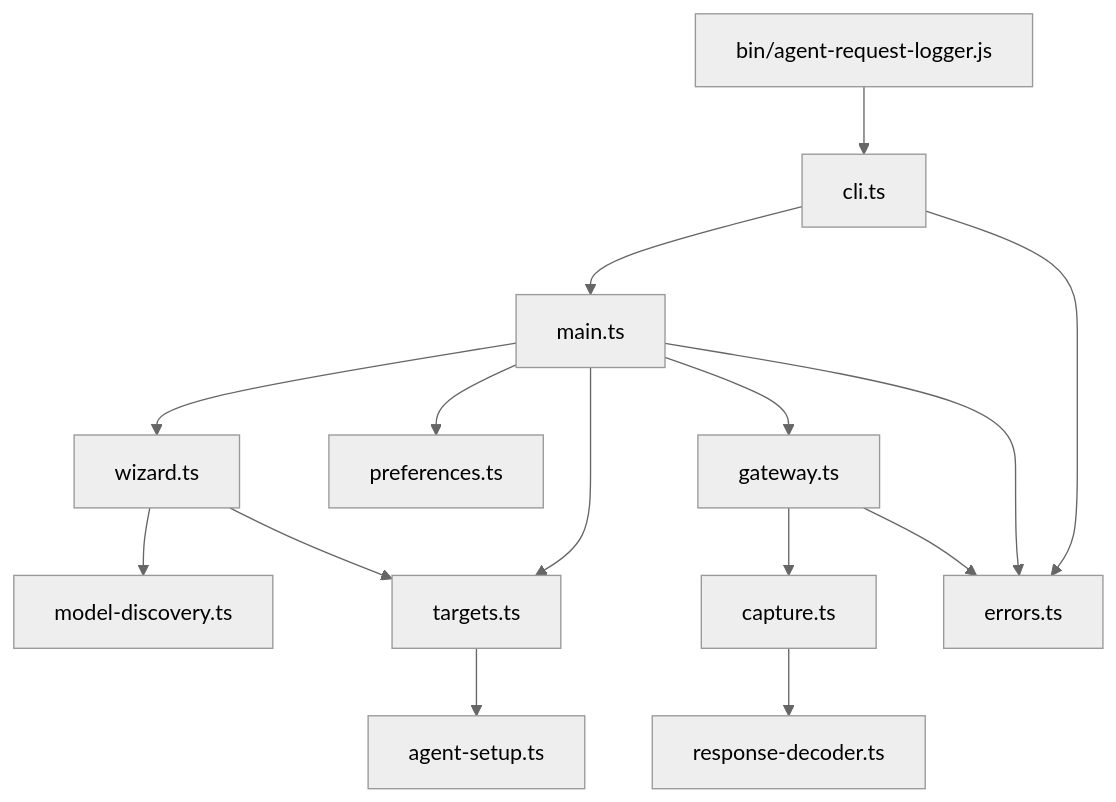
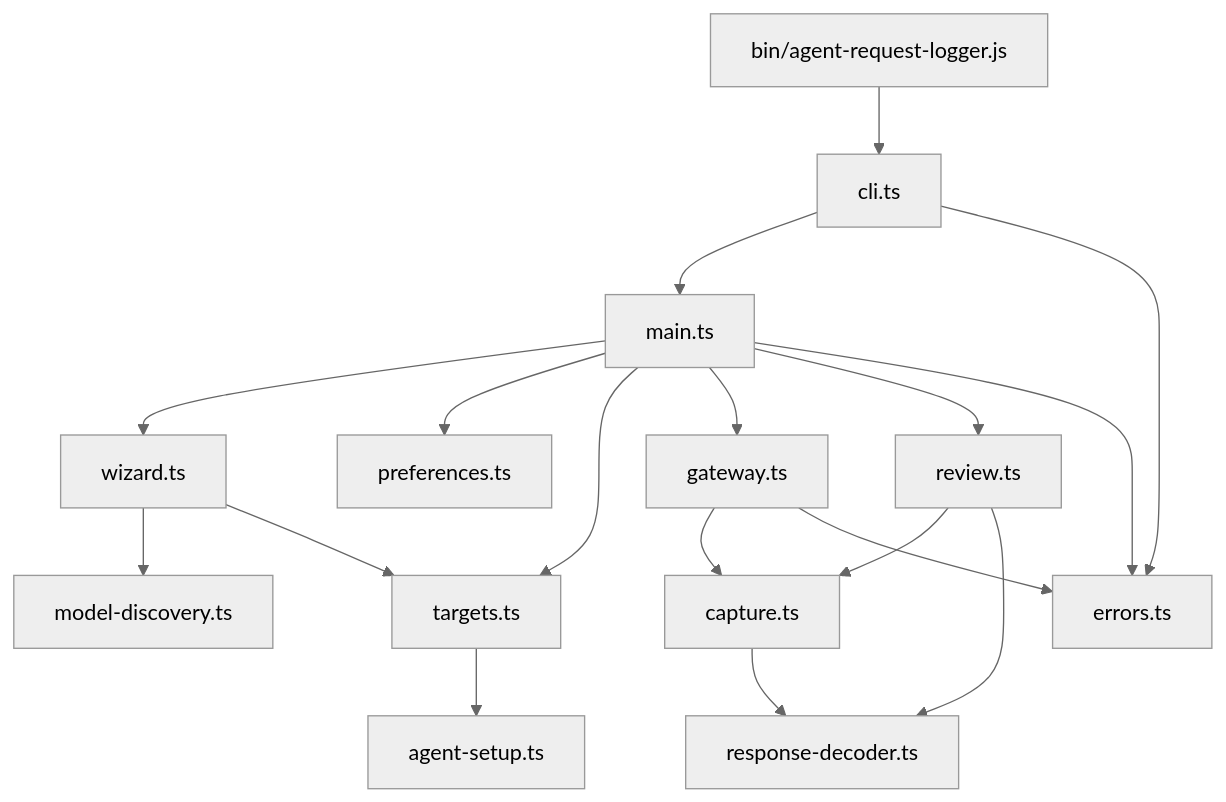
Before and after one commit to chepetime/agent-request-logger: the diagram in docs/architecture.md, drawn with Mermaid (neutral theme). The commit also changed other lines of this file and 14 other files, not shown here.

````diff
--- a/docs/architecture.md
+++ b/docs/architecture.md
@@ -9,17 +9,20 @@
 ```mermaid
 flowchart TD
   bin[bin/agent-request-logger.js] --> cli[cli.ts]
   cli --> main[main.ts]
   main --> wizard[wizard.ts]
   main --> prefs[preferences.ts]
   main --> targets[targets.ts]
   main --> gateway[gateway.ts]
   wizard --> discovery[model-discovery.ts]
   wizard --> targets
   targets --> setup[agent-setup.ts]
+  main --> review[review.ts]
+  review --> capture
+  review --> decoder
   gateway --> capture[capture.ts]
   capture --> decoder[response-decoder.ts]
   cli --> errors[errors.ts]
   main --> errors
   gateway --> errors
 ```
````
